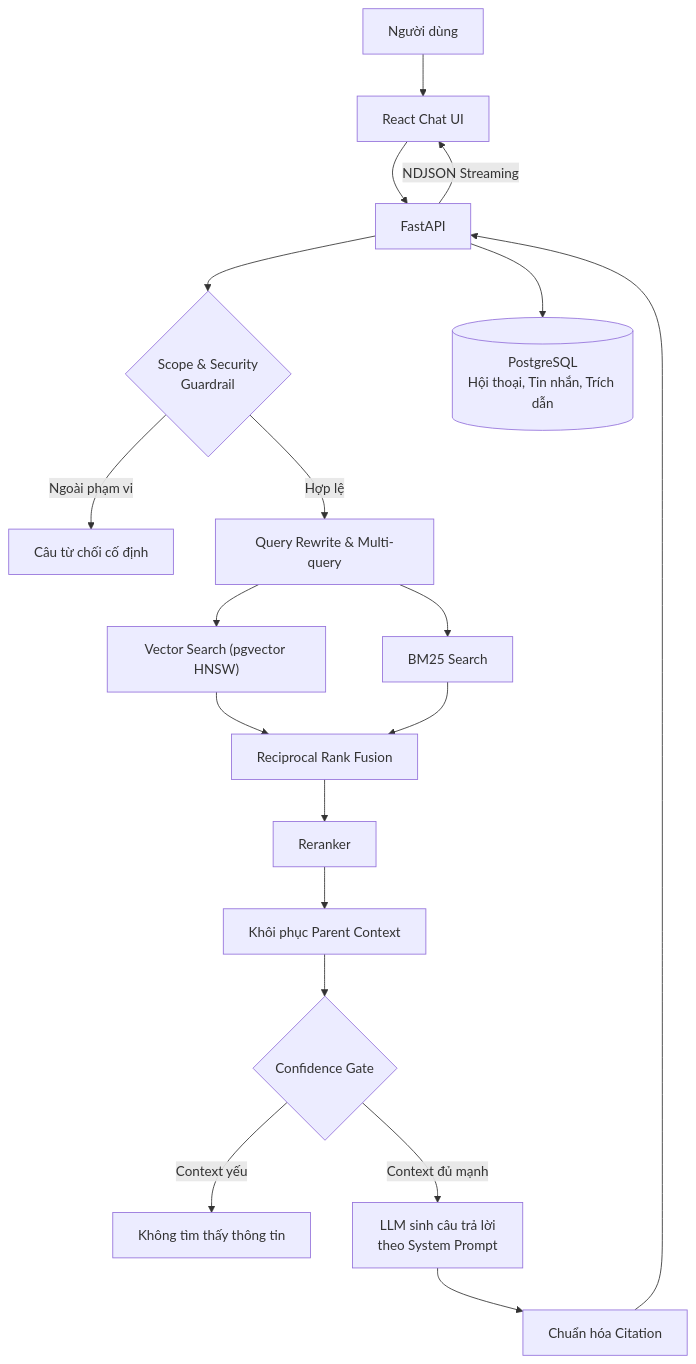
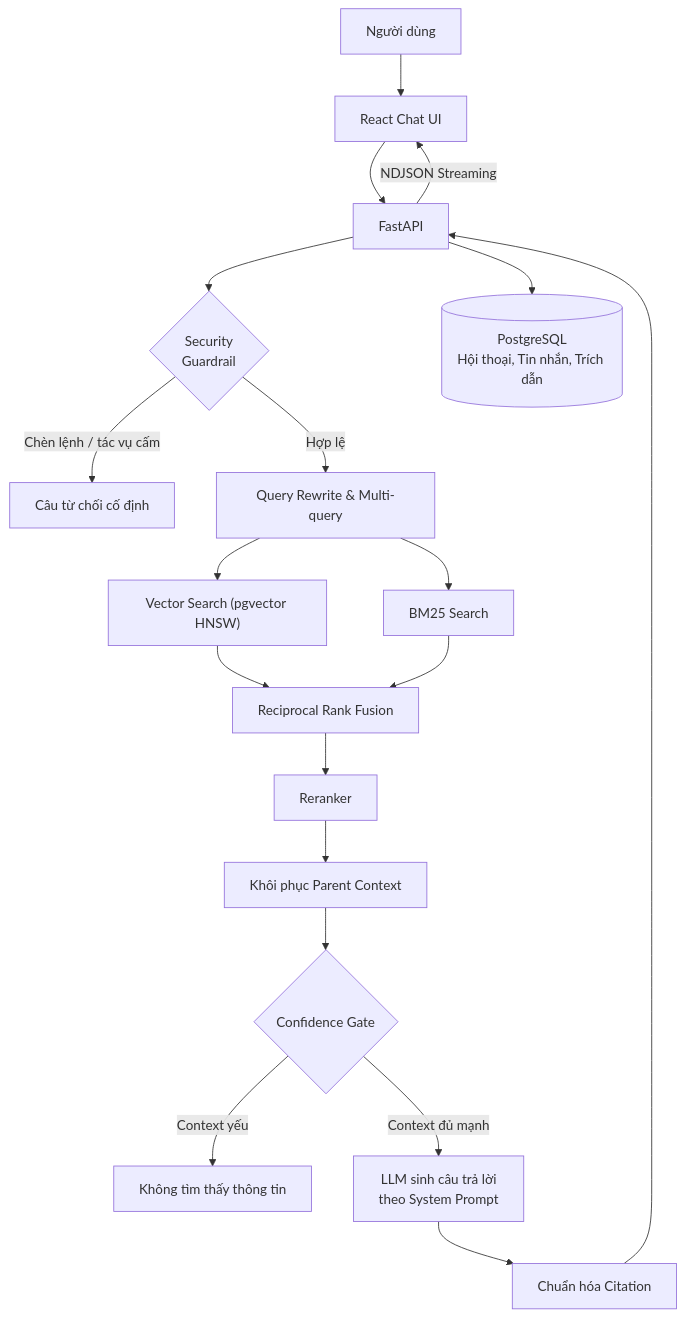
Before and after one commit to 8thMay03/PTIT-Chatbot: the second of 2 diagrams in README.md, drawn with Mermaid. The commit also changed other lines of this file, not shown here.

Commit message:
docs: describe guardrail as injection and forbidden-task blocklist

````diff
--- a/README.md
+++ b/README.md
@@ -59,25 +59,25 @@
 ```mermaid
 flowchart TD
     U["Người dùng"] --> UI["React Chat UI"]
     UI --> API["FastAPI"]
-    API --> GR{"Scope & Security<br/>Guardrail"}
+    API --> GR{"Security<br/>Guardrail"}
 
-    GR -->|"Ngoài phạm vi"| REFUSE["Câu từ chối cố định"]
+    GR -->|"Chèn lệnh / tác vụ cấm"| REFUSE["Câu từ chối cố định"]
     GR -->|"Hợp lệ"| QR["Query Rewrite & Multi-query"]
 
     QR --> VS["Vector Search (pgvector HNSW)"]
     QR --> BM["BM25 Search"]
     VS --> RRF["Reciprocal Rank Fusion"]
     BM --> RRF
     RRF --> RR["Reranker"]
     RR --> PC["Khôi phục Parent Context"]
     PC --> CF{"Confidence Gate"}
 
     CF -->|"Context yếu"| NOCTX["Không tìm thấy thông tin"]
     CF -->|"Context đủ mạnh"| LLM["LLM sinh câu trả lời<br/>theo System Prompt"]
     LLM --> CIT["Chuẩn hóa Citation"]
     CIT --> API
     API -->|"NDJSON Streaming"| UI
 
     API --> DB[("PostgreSQL<br/>Hội thoại, Tin nhắn, Trích dẫn")]
 ```
````
